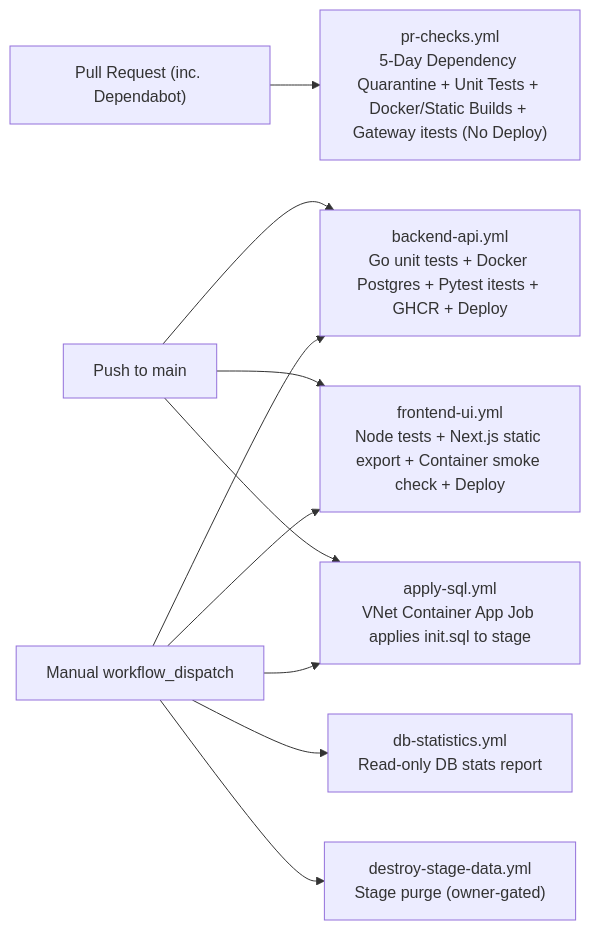
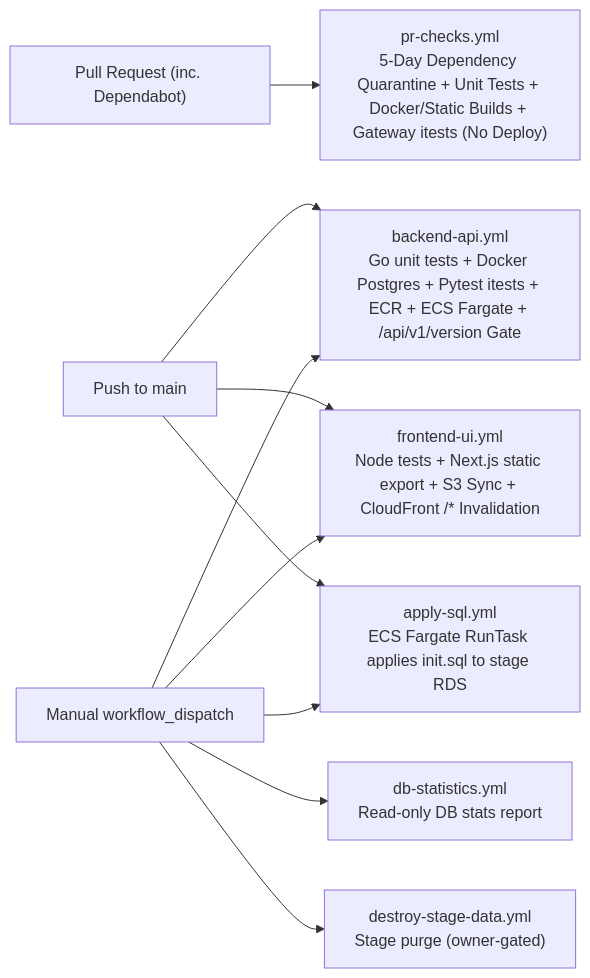
Before and after one commit to ZacharyCalvert/plannedwallet-ai: the fourth of 4 diagrams in README.md, drawn with Mermaid. The commit also changed other lines of this file and 25 other files, not shown here.

````diff
--- a/README.md
+++ b/README.md
@@ -217,14 +251,14 @@
 ```mermaid
 flowchart LR
     PR["Pull Request (inc. Dependabot)"] --> PRGate["pr-checks.yml<br/>5-Day Dependency Quarantine + Unit Tests + Docker/Static Builds + Gateway itests (No Deploy)"]
 
-    PushMain["Push to main"] --> BackendWF["backend-api.yml<br/>Go unit tests + Docker Postgres + Pytest itests + GHCR + Deploy"]
-    PushMain --> FrontendWF["frontend-ui.yml<br/>Node tests + Next.js static export + Container smoke check + Deploy"]
-    PushMain --> SqlWF["apply-sql.yml<br/>VNet Container App Job applies init.sql to stage"]
+    PushMain["Push to main"] --> BackendWF["backend-api.yml<br/>Go unit tests + Docker Postgres + Pytest itests + ECR + ECS Fargate + /api/v1/version Gate"]
+    PushMain --> FrontendWF["frontend-ui.yml<br/>Node tests + Next.js static export + S3 Sync + CloudFront /* Invalidation"]
+    PushMain --> SqlWF["apply-sql.yml<br/>ECS Fargate RunTask applies init.sql to stage RDS"]
 
     Manual["Manual workflow_dispatch"] --> BackendWF
     Manual --> FrontendWF
     Manual --> SqlWF
     Manual --> StatsWF["db-statistics.yml<br/>Read-only DB stats report"]
     Manual --> DestroyWF["destroy-stage-data.yml<br/>Stage purge (owner-gated)"]
 ```
````
